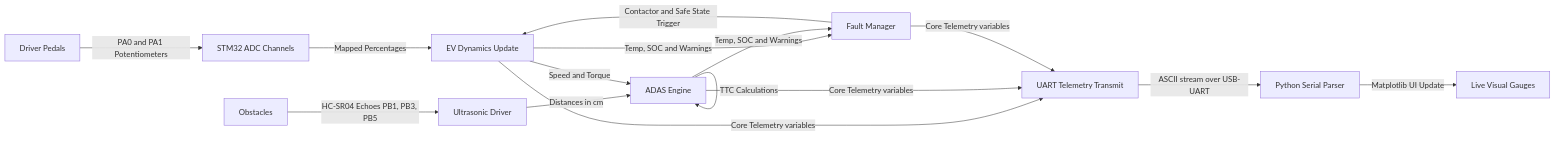
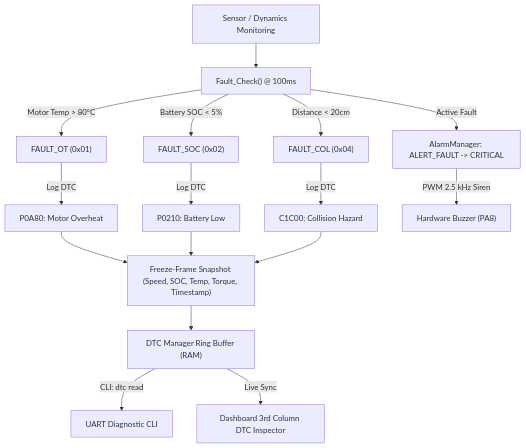
One commit to ahana4banerjee/ev_adas_dashboard changed the second of 2 diagrams in README.md. Above: the diagram before and after it, drawn with Mermaid. The commit also changed other lines of this file, not shown here.

````diff
--- a/README.md
+++ b/README.md
@@ -255,19 +277,21 @@
 ```mermaid
-graph LR
-    User["Driver Pedals"] -->|PA0 and PA1 Potentiometers| STM32_ADC["STM32 ADC Channels"]
-    STM32_ADC -->|Mapped Percentages| EV_Dynamics["EV Dynamics Update"]
+flowchart TD
+    SENSORS["Sensor / Dynamics Monitoring"] --> FAULT_CHK["Fault_Check() @ 100ms"]
     
-    Obstacles["Obstacles"] -->|HC-SR04 Echoes PB1, PB3, PB5| STM32_US["Ultrasonic Driver"]
-    STM32_US -->|Distances in cm| ADAS_Engine["ADAS Engine"]
+    FAULT_CHK -->|Motor Temp > 80°C| FLT_OT["FAULT_OT (0x01)"]
+    FAULT_CHK -->|Battery SOC < 5%| FLT_SOC["FAULT_SOC (0x02)"]
+    FAULT_CHK -->|Distance < 20cm| FLT_COL["FAULT_COL (0x04)"]
+
+    FLT_OT -->|Log DTC| DTC_OT["P0A80: Motor Overheat"]
+    FLT_SOC -->|Log DTC| DTC_SOC["P0210: Battery Low"]
+    FLT_COL -->|Log DTC| DTC_COL["C1C00: Collision Hazard"]
+
+    DTC_OT & DTC_SOC & DTC_COL --> FREEZE["Freeze-Frame Snapshot (Speed, SOC, Temp, Torque, Timestamp)"]
+    FREEZE --> DTC_REG["DTC Manager Ring Buffer (RAM)"]
     
-    EV_Dynamics -->|Speed and Torque| ADAS_Engine
-    ADAS_Engine -->|TTC Calculations| ADAS_Engine
+    DTC_REG -->|CLI: dtc read| SHELL["UART Diagnostic CLI"]
+    DTC_REG -->|Live Sync| UI_COL3["Dashboard 3rd Column DTC Inspector"]
     
-    EV_Dynamics & ADAS_Engine -->|Temp, SOC and Warnings| Fault_Manager["Fault Manager"]
-    Fault_Manager -->|Contactor and Safe State Trigger| EV_Dynamics
-    
-    EV_Dynamics & ADAS_Engine & Fault_Manager -->|Core Telemetry variables| UART_Tx["UART Telemetry Transmit"]
-    
-    UART_Tx -->|ASCII stream over USB-UART| Py_Parser["Python Serial Parser"]
-    Py_Parser -->|Matplotlib UI Update| Live_GUI["Live Visual Gauges"]
+    FAULT_CHK -->|Active Fault| ALARM["AlarmManager: ALERT_FAULT -> CRITICAL"]
+    ALARM -->|PWM 2.5 kHz Siren| BUZZER["Hardware Buzzer (PA8)"]
 ```
````
